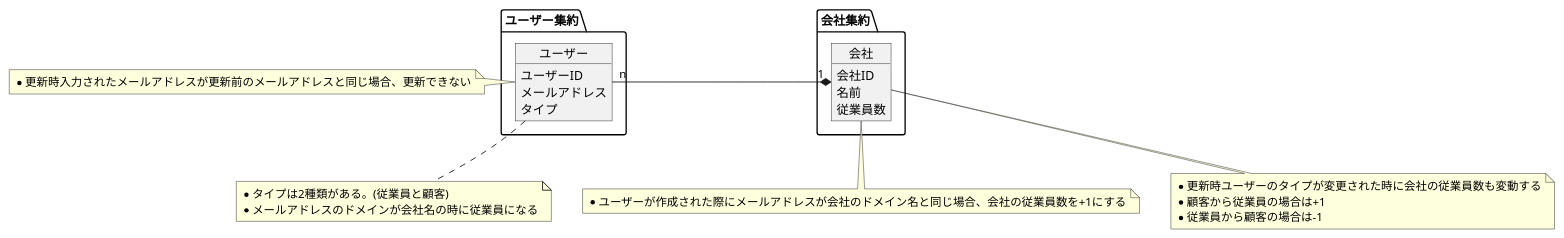
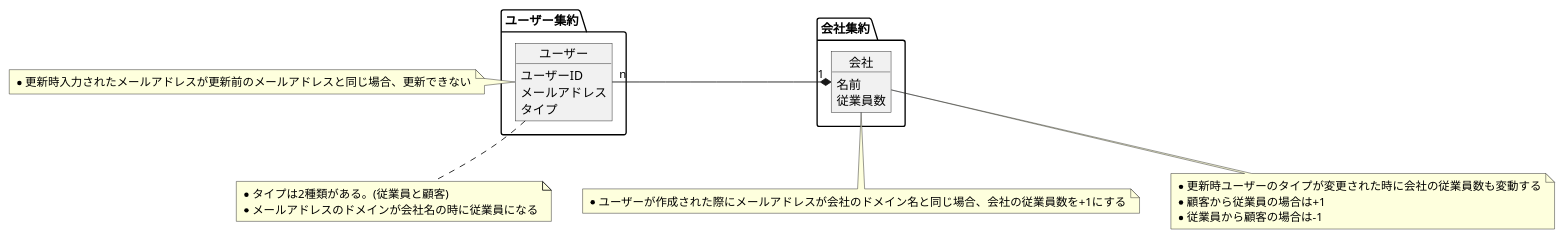
The diagram in docs/domainmodel/domainModel.md (yuma-pablic/go-with-cleanarchitecture), drawn with PlantUML before and after one commit.

````diff
--- a/docs/domainmodel/domainModel.md
+++ b/docs/domainmodel/domainModel.md
@@ -1,40 +1,39 @@
 ```uml
 @startuml Test
 
 package ユーザー集約 {
     object ユーザー {
         ユーザーID
         メールアドレス
         タイプ
     }
 }
 
 note left of ユーザー
     * 更新時入力されたメールアドレスが更新前のメールアドレスと同じ場合、更新できない
 end note
 
 note bottom of ユーザー
     * タイプは2種類がある。(従業員と顧客)
     * メールアドレスのドメインが会社名の時に従業員になる
 end note
 
 package 会社集約 {
     object 会社 {
-        会社ID
         名前
         従業員数
     }
 }
 ユーザー "n" -left-* "1" 会社
 note bottom of 会社
     * ユーザーが作成された際にメールアドレスが会社のドメイン名と同じ場合、会社の従業員数を+1にする
 end note
 
 note bottom of 会社
     * 更新時ユーザーのタイプが変更された時に会社の従業員数も変動する
     * 顧客から従業員の場合は+1
     * 従業員から顧客の場合は-1
 end note
 
 @enduml
 ```
````
